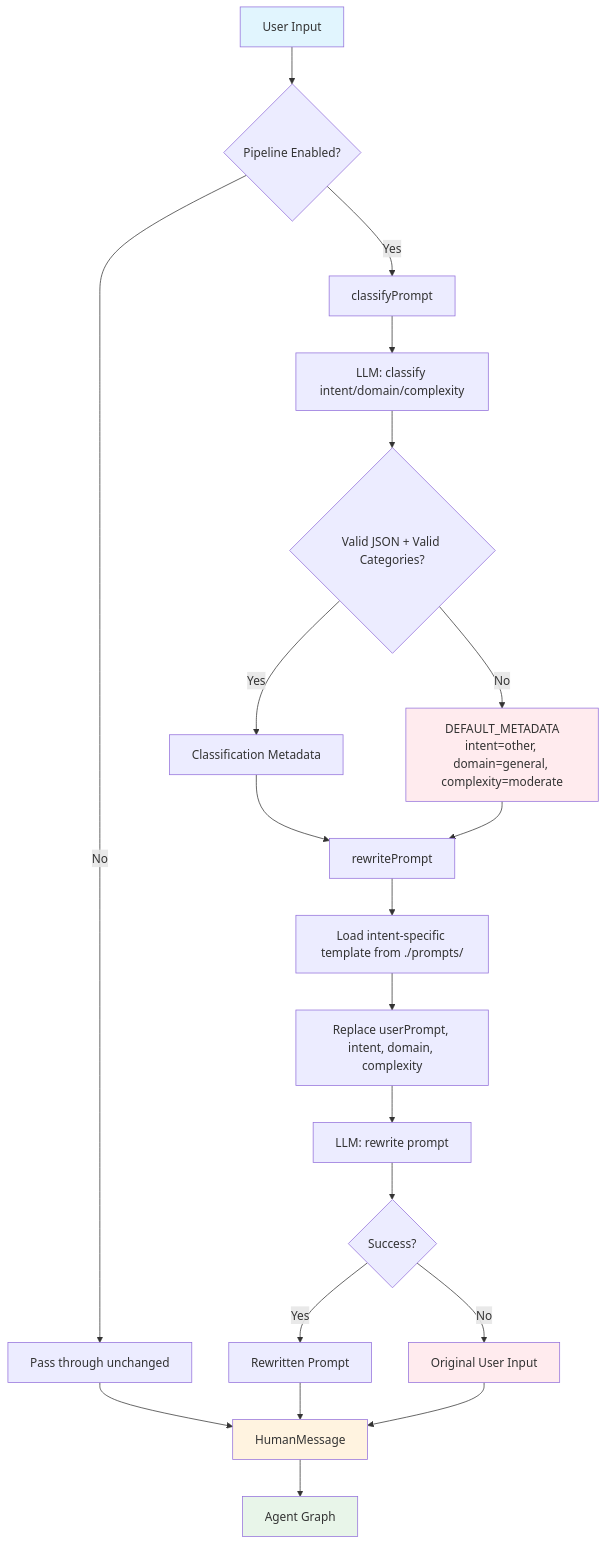
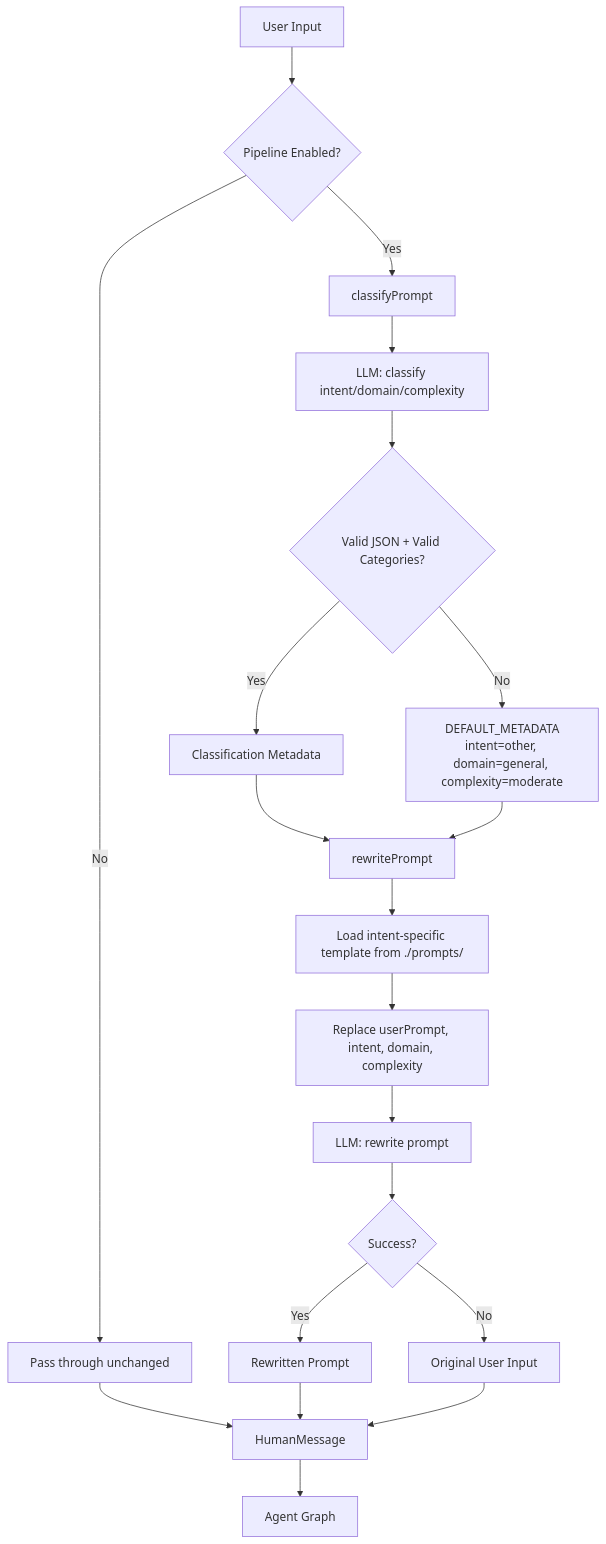
The second of 2 diagrams in docs/OVERVIEW.md (avoidwork/madz), drawn with Mermaid before and after one commit.

Commit message:
fix: remove colored backgrounds from mermaid chart

````diff
--- a/docs/OVERVIEW.md
+++ b/docs/OVERVIEW.md
@@ -136,28 +136,22 @@
 ```mermaid
 flowchart TD
     A[User Input] --> B{Pipeline Enabled?}
     B -->|No| C[Pass through unchanged]
     B -->|Yes| D[classifyPrompt]
     D --> E[LLM: classify intent/domain/complexity]
     E --> F{Valid JSON + Valid Categories?}
     F -->|Yes| G[Classification Metadata]
     F -->|No| H[DEFAULT_METADATA\nintent=other, domain=general, complexity=moderate]
     G --> I[rewritePrompt]
     H --> I
     I --> J[Load intent-specific template from ./prompts/]
     J --> K[Replace userPrompt, intent, domain, complexity]
     K --> L[LLM: rewrite prompt]
     L --> M{Success?}
     M -->|Yes| N[Rewritten Prompt]
     M -->|No| O[Original User Input]
     C --> P[HumanMessage]
     N --> P
     O --> P
     P --> Q[Agent Graph]
-
-    style A fill:#e1f5fe
-    style P fill:#fff3e0
-    style Q fill:#e8f5e9
-    style H fill:#ffebee
-    style O fill:#ffebee
 ```
````
